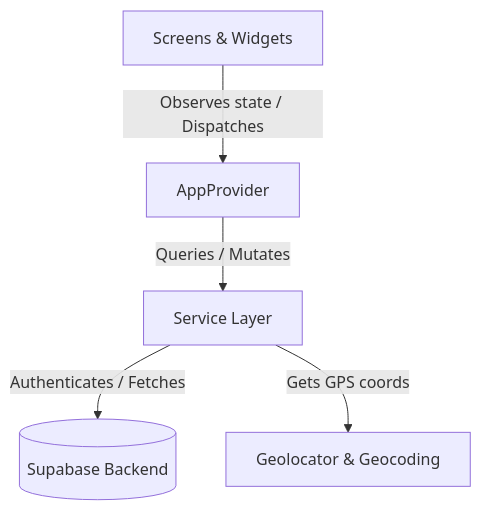
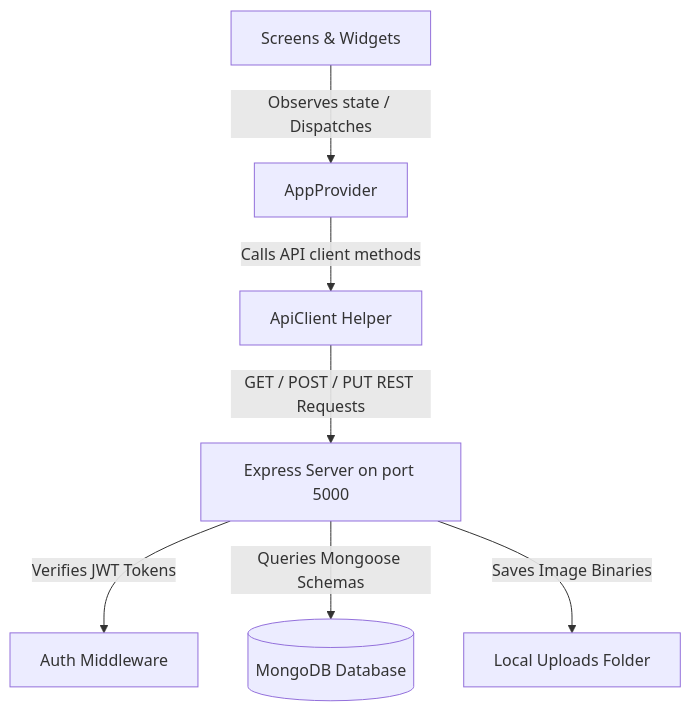
One commit to Varunpatel586/Civic_Connect changed the first of 2 diagrams in docs/architecture.md. Above: the diagram before and after it, drawn with Mermaid. The commit also changed other lines of this file and 38 other files, not shown here.

First line of the commit message:
feat: migrate database and backend architecture from Supabase to Node.js & MongoDB

````diff
--- a/docs/architecture.md
+++ b/docs/architecture.md
@@ -50,7 +32,9 @@
 ```mermaid
 graph TD
     UI[Screens & Widgets] -->|Observes state / Dispatches| Provider[AppProvider]
-    Provider -->|Queries / Mutates| Service[Service Layer]
-    Service -->|Authenticates / Fetches| Supabase[(Supabase Backend)]
-    Service -->|Gets GPS coords| LocationService[Geolocator & Geocoding]
+    Provider -->|Calls API client methods| ApiClient[ApiClient Helper]
+    ApiClient -->|GET / POST / PUT REST Requests| Express[Express Server on port 5000]
+    Express -->|Verifies JWT Tokens| Middleware[Auth Middleware]
+    Express -->|Queries Mongoose Schemas| Mongo[(MongoDB Database)]
+    Express -->|Saves Image Binaries| Uploads[Local Uploads Folder]
 ```
````
